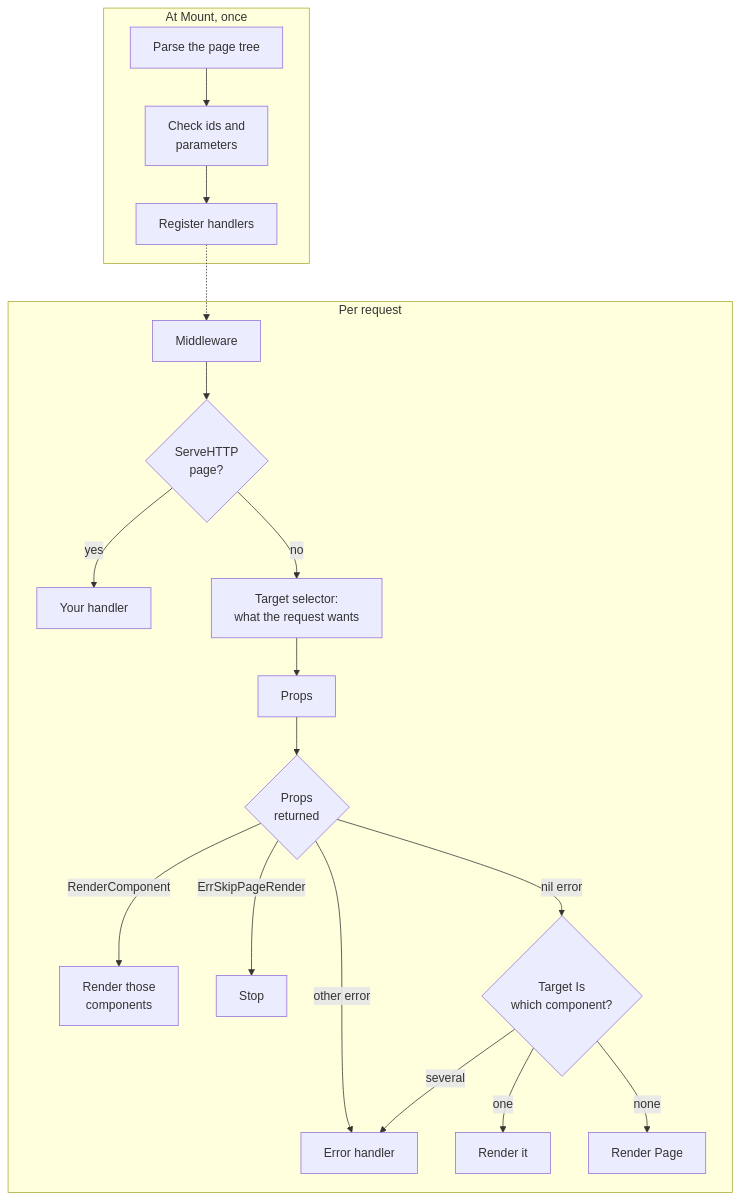
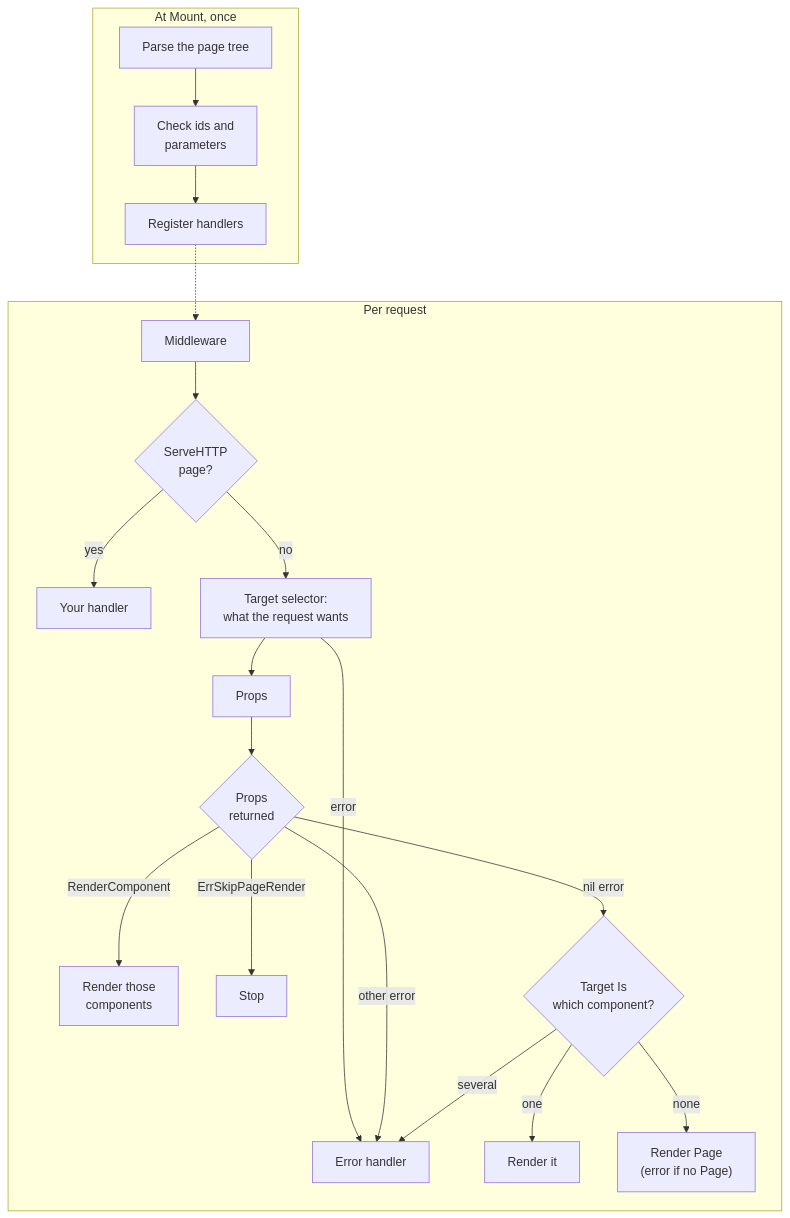
Before and after one commit to jackielii/structpages: the diagram in docs/rendering.md, drawn with Mermaid. The commit also changed other lines of this file and 55 other files, not shown here.

````diff
--- a/docs/rendering.md
+++ b/docs/rendering.md
@@ -21,22 +21,23 @@
 ```mermaid
 flowchart TD
     subgraph mount["At Mount, once"]
         M1["Parse the page tree"] --> M2["Check ids and<br/>parameters"]
         M2 --> M3["Register handlers"]
     end
     M3 -.-> R0
     subgraph request["Per request"]
         R0["Middleware"] --> R1{"ServeHTTP<br/>page?"}
         R1 -- yes --> H["Your handler"]
         R1 -- no --> R2["Target selector:<br/>what the request wants"]
         R2 --> R3["Props"]
+        R2 -- error --> X3
         R3 --> R4{"Props<br/>returned"}
         R4 -- "RenderComponent" --> X1["Render those<br/>components"]
         R4 -- "ErrSkipPageRender" --> X2["Stop"]
         R4 -- "other error" --> X3["Error handler"]
         R4 -- "nil error" --> R5{"Target Is<br/>which component?"}
         R5 -- "one" --> R6["Render it"]
-        R5 -- "none" --> R7["Render Page"]
+        R5 -- "none" --> R7["Render Page<br/>(error if no Page)"]
         R5 -- "several" --> X3
     end
 ```
````
